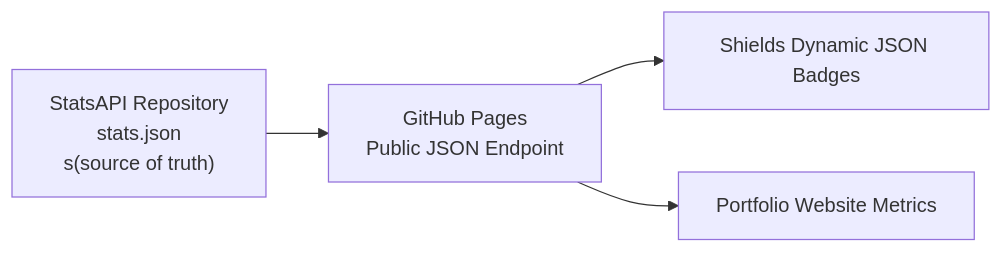
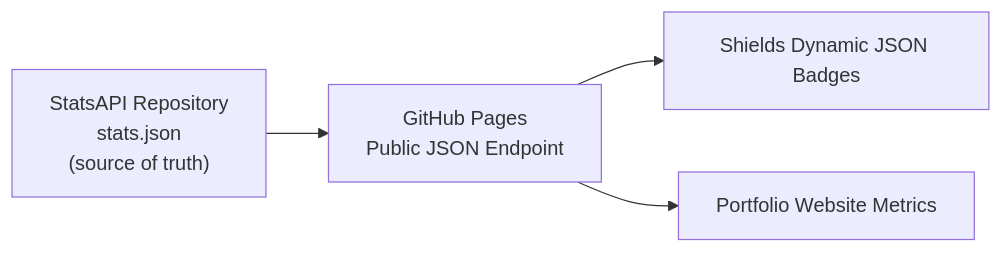
The first of 2 diagrams in README.md (AmjadKudsi/StatSync-Controller), drawn with Mermaid before and after one commit.

Commit message:
Fix formatting in README.md for StatsAPI description

````diff
--- a/README.md
+++ b/README.md
@@ -10,6 +10,6 @@
 ```mermaid 
 flowchart LR
-    A["StatsAPI Repository<br/>stats.json<br/>s(source of truth)"] --> P["GitHub Pages<br/>Public JSON Endpoint"];
+    A["StatsAPI Repository<br/>stats.json<br/>(source of truth)"] --> P["GitHub Pages<br/>Public JSON Endpoint"];
     P --> B["Shields Dynamic JSON Badges"];
     P --> W["Portfolio Website Metrics"];
 ```
````
